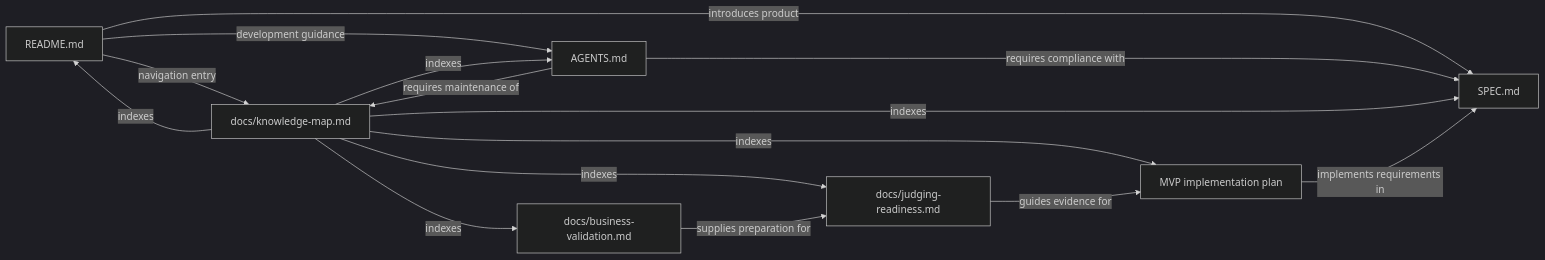
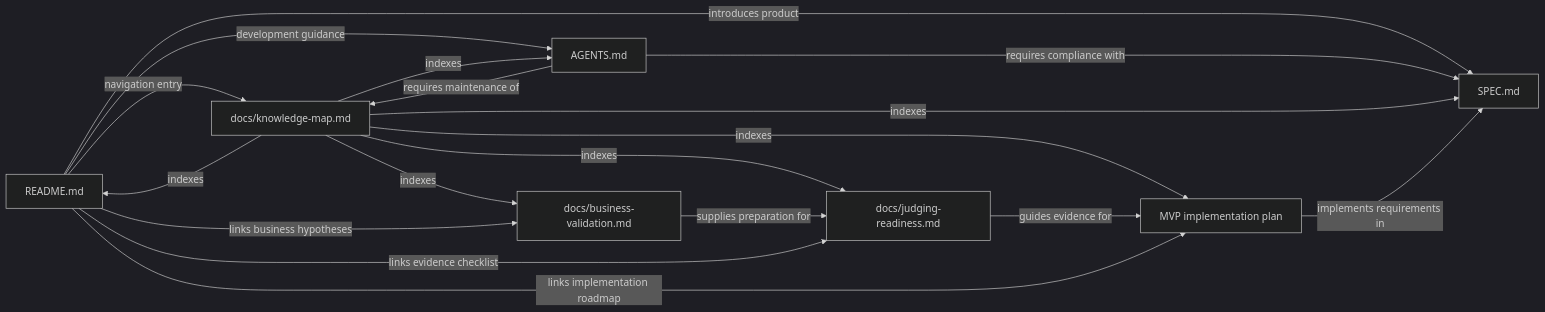
Before and after one commit to DuztyMusketear/Print_Assist: the diagram in docs/knowledge-map.md, drawn with Mermaid (dark theme). The commit also changed other lines of this file and 1 other file, not shown here.

Commit message:
Update README with customer value, web app direction, and planning resources

````diff
--- a/docs/knowledge-map.md
+++ b/docs/knowledge-map.md
@@ -11,17 +11,20 @@
 ```mermaid
 graph LR
     README["README.md"] -->|introduces product| SPEC["SPEC.md"]
     README -->|navigation entry| MAP["docs/knowledge-map.md"]
     README -->|development guidance| RULES["AGENTS.md"]
     RULES -->|requires compliance with| SPEC
     RULES -->|requires maintenance of| MAP
     MAP -->|indexes| README
     MAP -->|indexes| SPEC
     MAP -->|indexes| RULES
     PLAN["MVP implementation plan"] -->|implements requirements in| SPEC
     MAP -->|indexes| PLAN
     JUDGING["docs/judging-readiness.md"] -->|guides evidence for| PLAN
     MAP -->|indexes| JUDGING
     BUSINESS["docs/business-validation.md"] -->|supplies preparation for| JUDGING
     MAP -->|indexes| BUSINESS
+    README -->|links implementation roadmap| PLAN
+    README -->|links evidence checklist| JUDGING
+    README -->|links business hypotheses| BUSINESS
 ```
````
